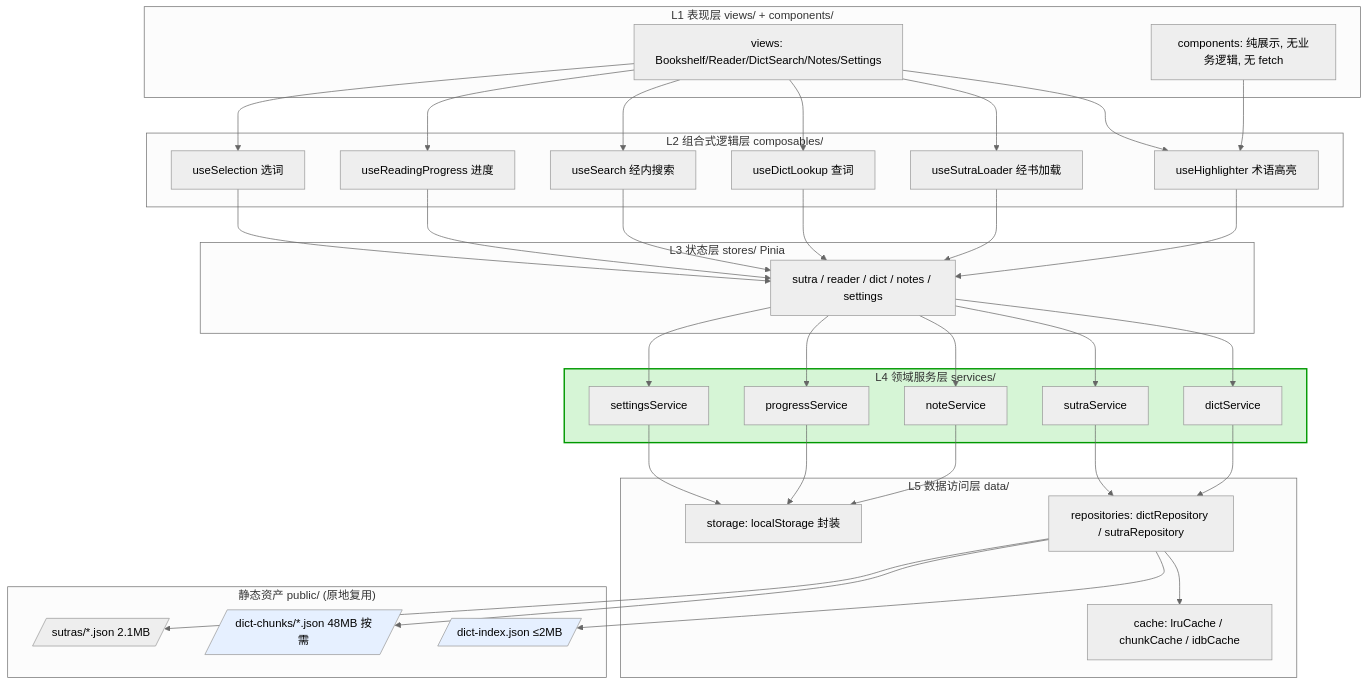
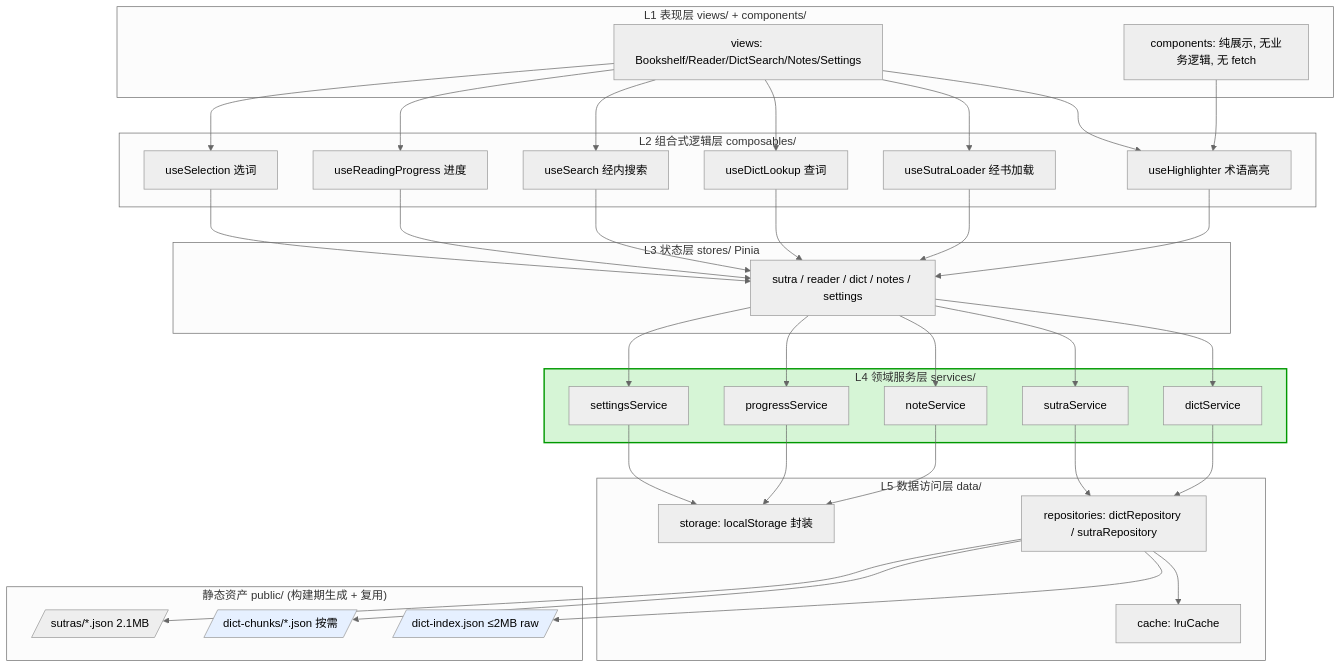
Before and after one commit to duckytan/buddhist-reader: the first of 5 diagrams in docs/plans/2026-09-29-v4.0-development-plan.md, drawn with Mermaid (neutral theme). The commit also changed other lines of this file and 2 other files, not shown here.

````diff
--- a/docs/plans/2026-09-29-v4.0-development-plan.md
+++ b/docs/plans/2026-09-29-v4.0-development-plan.md
@@ -29,48 +99,48 @@
 ```mermaid
 graph TD
     subgraph L1["L1 表现层 views/ + components/"]
       V[views: Bookshelf/Reader/DictSearch/Notes/Settings]
       C[components: 纯展示, 无业务逻辑, 无 fetch]
     end
     subgraph L2["L2 组合式逻辑层 composables/"]
       H[useHighlighter 术语高亮]
       SL[useSutraLoader 经书加载]
       DL[useDictLookup 查词]
       SE[useSearch 经内搜索]
       PR[useReadingProgress 进度]
       SEL[useSelection 选词]
     end
     subgraph L3["L3 状态层 stores/ Pinia"]
       ST[sutra / reader / dict / notes / settings]
     end
     subgraph L4["L4 领域服务层 services/"]
       DS[dictService]
       SS[sutraService]
       NS[noteService]
       PS[progressService]
       STS[settingsService]
     end
     subgraph L5["L5 数据访问层 data/"]
       REPO[repositories: dictRepository / sutraRepository]
-      CACHE[cache: lruCache / chunkCache / idbCache]
+      CACHE[cache: lruCache]
       STORE[storage: localStorage 封装]
     end
-    subgraph ASSET["静态资产 public/ (原地复用)"]
-      IDX[/dict-index.json ≤2MB/]
-      CHUNK[/dict-chunks/*.json 48MB 按需/]
+    subgraph ASSET["静态资产 public/ (构建期生成 + 复用)"]
+      IDX[/dict-index.json ≤2MB raw/]
+      CHUNK[/dict-chunks/*.json 按需/]
       SUTRA[/sutras/*.json 2.1MB/]
     end
     V --> H & SL & DL & SE & PR & SEL
     C --> H
     H --> ST
     SL & DL & SE & PR & SEL --> ST
     ST --> DS & SS & NS & PS & STS
     DS --> REPO
     SS --> REPO
     REPO --> CACHE
     REPO --> IDX & CHUNK & SUTRA
     NS & PS & STS --> STORE
     style L4 fill:#d6f5d6,stroke:#090,stroke-width:2px
     style IDX fill:#e6f0ff
     style CHUNK fill:#e6f0ff
 ```
````
